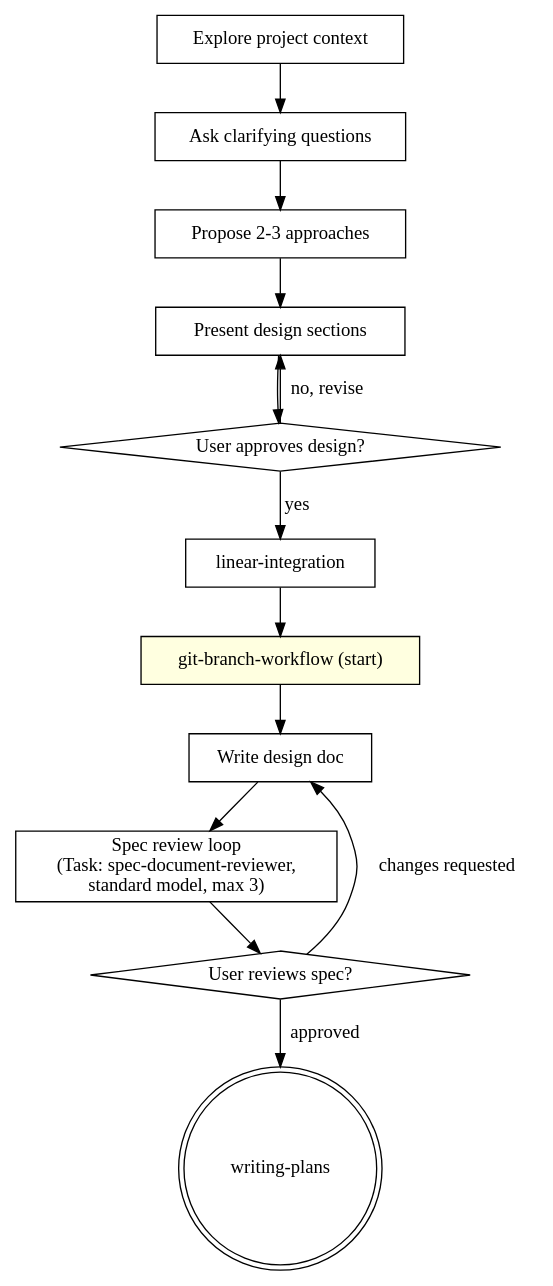
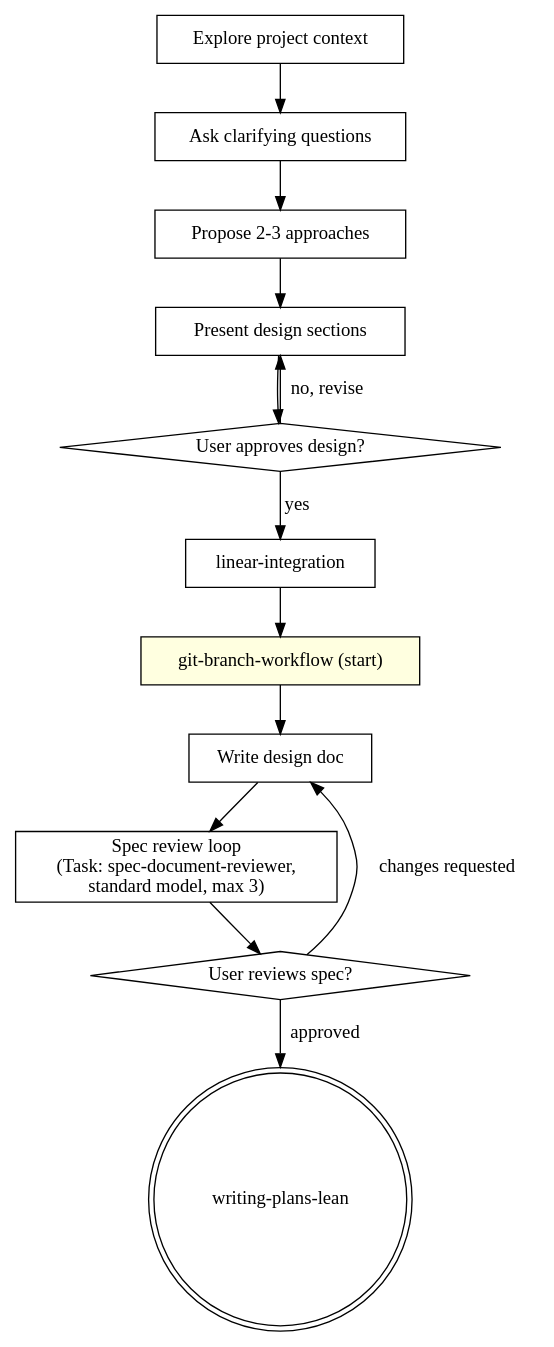
Before and after one commit to antoinecolin-voodoo/colinpowers: the diagram in skills/brainstorming/SKILL.md, drawn with Graphviz. The commit also changed other lines of this file and 5 other files, not shown here.

First line of the commit message:
feat(skills): add writing-plans-lean skill with reference-first approach

````diff
--- a/skills/brainstorming/SKILL.md
+++ b/skills/brainstorming/SKILL.md
@@ -37,28 +37,28 @@
 ```dot
 digraph brainstorming {
     "Explore project context" [shape=box];
     "Ask clarifying questions" [shape=box];
     "Propose 2-3 approaches" [shape=box];
     "Present design sections" [shape=box];
     "User approves design?" [shape=diamond];
     "linear-integration" [shape=box];
     "git-branch-workflow (start)" [shape=box style=filled fillcolor=lightyellow];
     "Write design doc" [shape=box];
     "Spec review loop\n(Task: spec-document-reviewer,\nstandard model, max 3)" [shape=box];
     "User reviews spec?" [shape=diamond];
-    "writing-plans" [shape=doublecircle];
+    "writing-plans-lean" [shape=doublecircle];
 
     "Explore project context" -> "Ask clarifying questions";
     "Ask clarifying questions" -> "Propose 2-3 approaches";
     "Propose 2-3 approaches" -> "Present design sections";
     "Present design sections" -> "User approves design?";
     "User approves design?" -> "Present design sections" [label="no, revise"];
     "User approves design?" -> "linear-integration" [label="yes"];
     "linear-integration" -> "git-branch-workflow (start)";
     "git-branch-workflow (start)" -> "Write design doc";
     "Write design doc" -> "Spec review loop\n(Task: spec-document-reviewer,\nstandard model, max 3)";
     "Spec review loop\n(Task: spec-document-reviewer,\nstandard model, max 3)" -> "User reviews spec?";
     "User reviews spec?" -> "Write design doc" [label="changes requested"];
-    "User reviews spec?" -> "writing-plans" [label="approved"];
+    "User reviews spec?" -> "writing-plans-lean" [label="approved"];
 }
 ```
````
